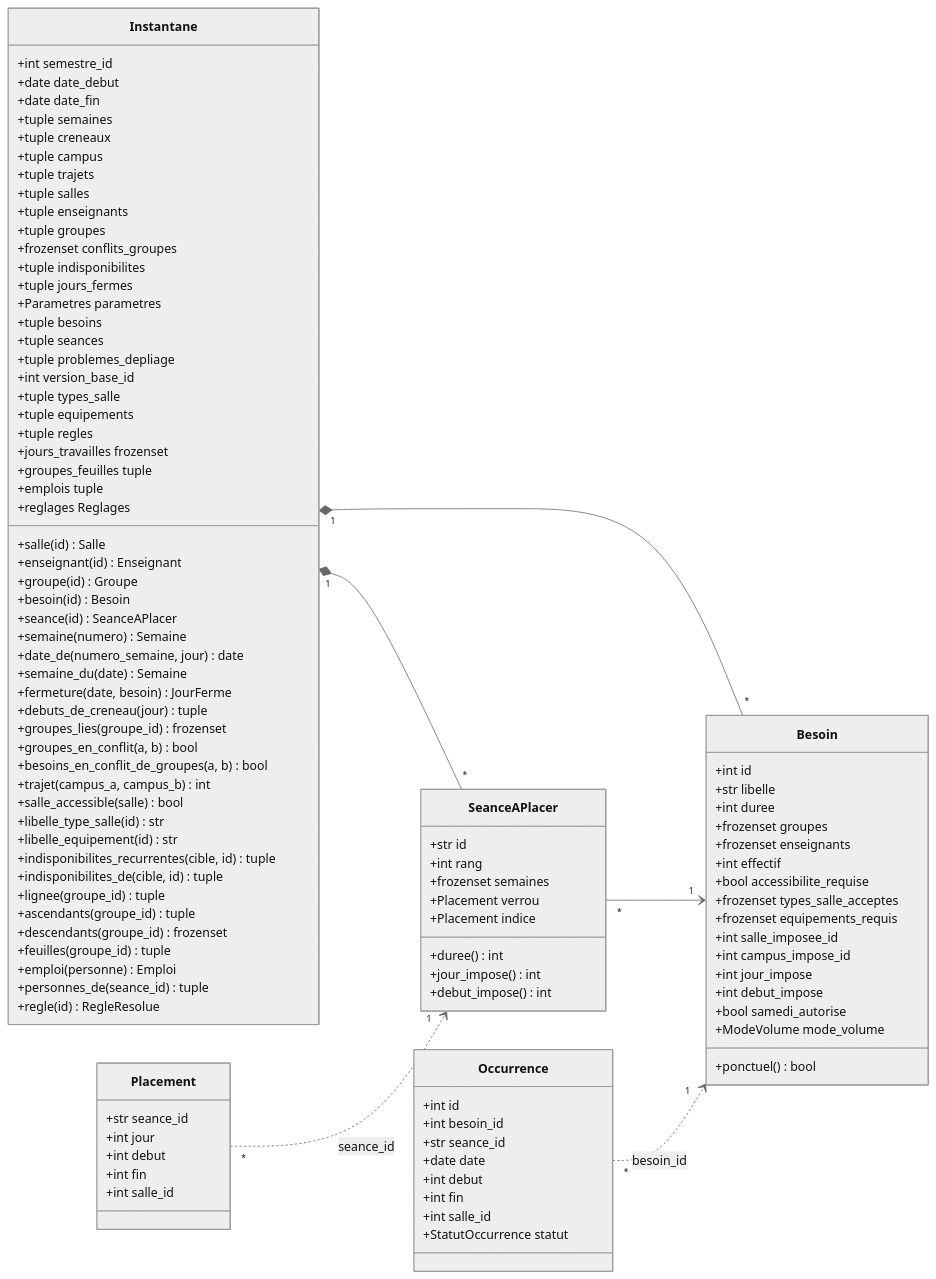
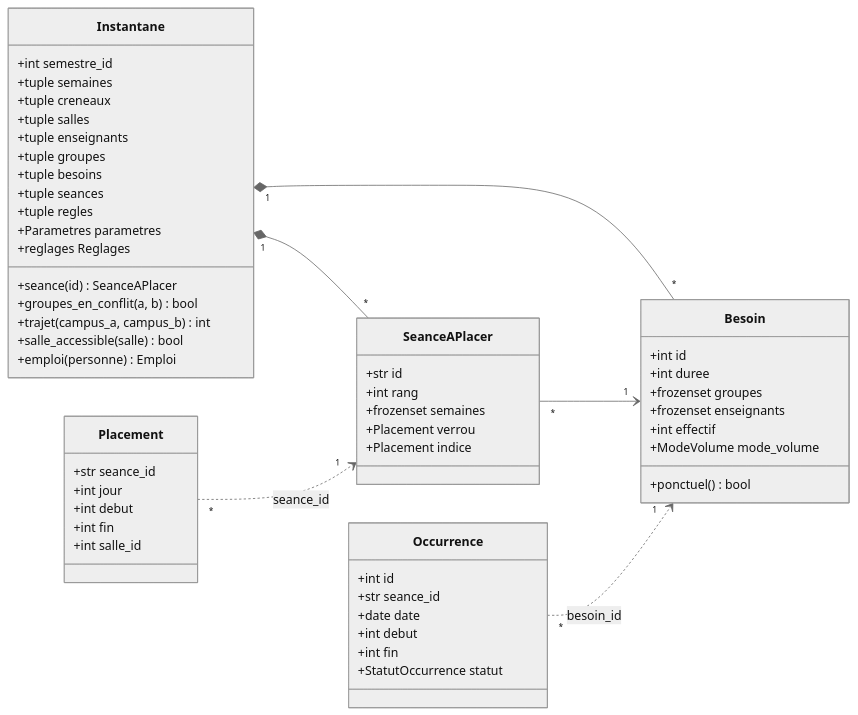
The second of 2 diagrams in docs/architecture.md (Maki882/projet-edt), drawn with Mermaid (neutral theme) before and after one commit. The commit also changed other lines of this file and 2 other files, not shown here.

First line of the commit message:
Mettre l'architecture et l'interface au niveau du code

```diff
--- a/docs/architecture.md
+++ b/docs/architecture.md
@@ -391,72 +319,28 @@
     direction LR
     class Instantane {
         +int semestre_id
-        +date date_debut
-        +date date_fin
         +tuple semaines
         +tuple creneaux
-        +tuple campus
-        +tuple trajets
         +tuple salles
         +tuple enseignants
         +tuple groupes
-        +frozenset conflits_groupes
-        +tuple indisponibilites
-        +tuple jours_fermes
-        +Parametres parametres
         +tuple besoins
         +tuple seances
-        +tuple problemes_depliage
-        +int version_base_id
-        +tuple types_salle
-        +tuple equipements
         +tuple regles
-        +salle(id) Salle
-        +enseignant(id) Enseignant
-        +groupe(id) Groupe
-        +besoin(id) Besoin
+        +Parametres parametres
         +seance(id) SeanceAPlacer
-        +semaine(numero) Semaine
-        +date_de(numero_semaine, jour) date
-        +semaine_du(date) Semaine
-        +fermeture(date, besoin) JourFerme
-        +debuts_de_creneau(jour) tuple
-        +groupes_lies(groupe_id) frozenset
         +groupes_en_conflit(a, b) bool
-        +besoins_en_conflit_de_groupes(a, b) bool
         +trajet(campus_a, campus_b) int
         +salle_accessible(salle) bool
-        +libelle_type_salle(id) str
-        +libelle_equipement(id) str
-        +indisponibilites_recurrentes(cible, id) tuple
-        +indisponibilites_de(cible, id) tuple
-        +jours_travailles frozenset
-        +lignee(groupe_id) tuple
-        +ascendants(groupe_id) tuple
-        +descendants(groupe_id) frozenset
-        +groupes_feuilles tuple
-        +feuilles(groupe_id) tuple
-        +emplois tuple
         +emploi(personne) Emploi
-        +personnes_de(seance_id) tuple
-        +regle(id) RegleResolue
         +reglages Reglages
     }
     class Besoin {
         +int id
-        +str libelle
         +int duree
         +frozenset groupes
         +frozenset enseignants
         +int effectif
-        +bool accessibilite_requise
-        +frozenset types_salle_acceptes
-        +frozenset equipements_requis
-        +int salle_imposee_id
-        +int campus_impose_id
-        +int jour_impose
-        +int debut_impose
-        +bool samedi_autorise
         +ModeVolume mode_volume
         +ponctuel() bool
     }
@@ -466,9 +350,6 @@
         +frozenset semaines
         +Placement verrou
         +Placement indice
-        +duree() int
-        +jour_impose() int
-        +debut_impose() int
     }
     class Placement {
         +str seance_id
@@ -479,12 +360,10 @@
     }
     class Occurrence {
         +int id
-        +int besoin_id
         +str seance_id
         +date date
         +int debut
         +int fin
-        +int salle_id
         +StatutOccurrence statut
     }
     Instantane "1" *-- "*" Besoin
```
